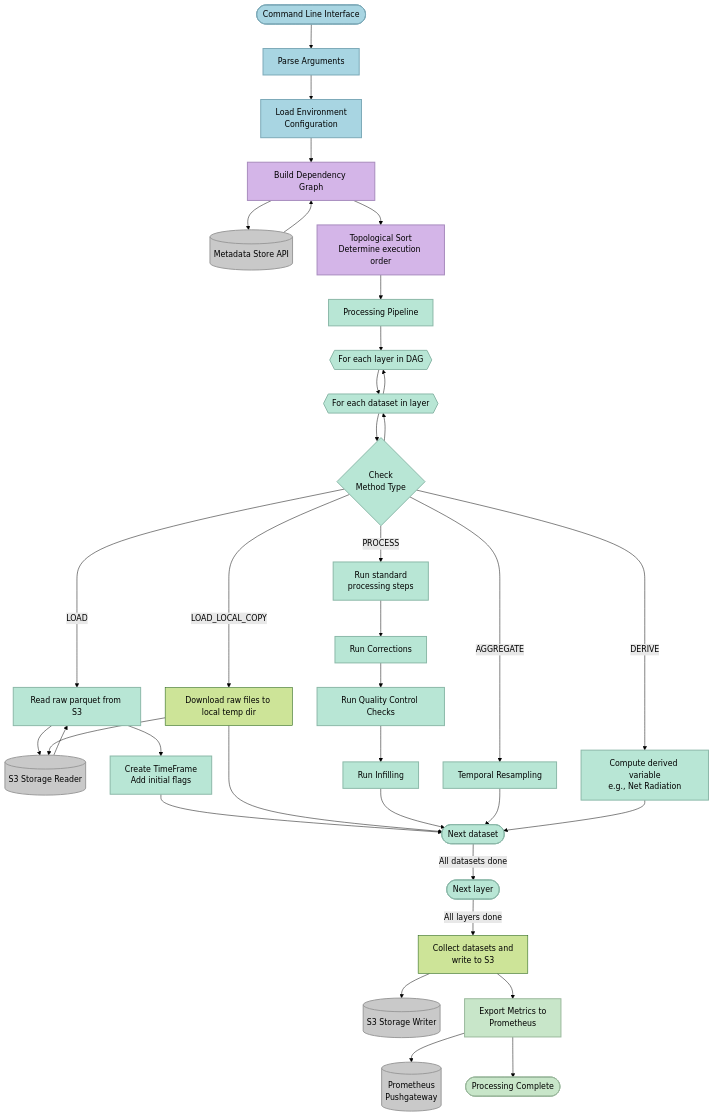
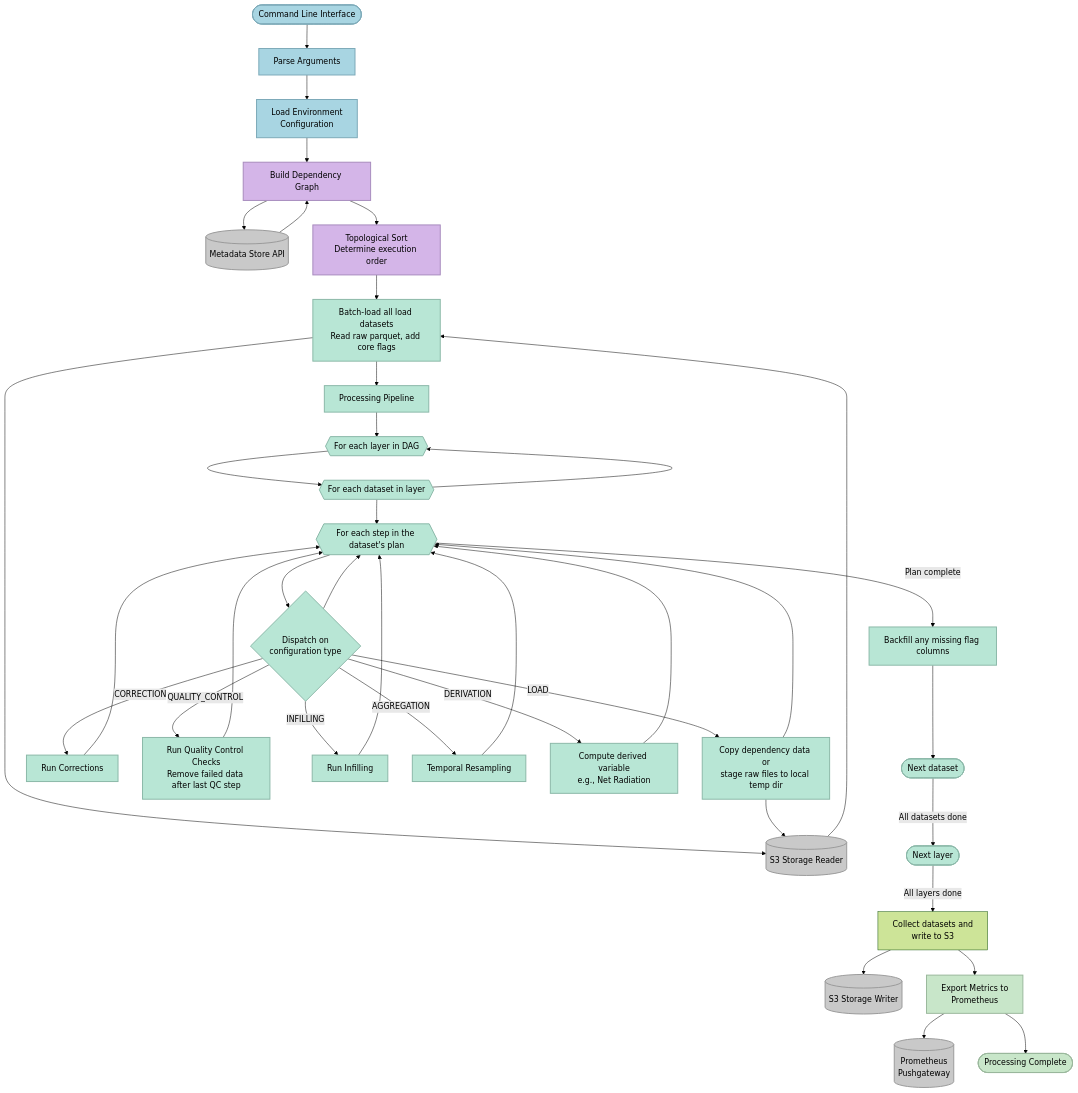
The first of 2 diagrams in docs/architecture.md (NERC-CEH/dri-timeseries-processor), drawn with Mermaid (forest theme) before and after one commit. The commit also changed other lines of this file and 2 other files, not shown here.

````diff
--- a/docs/architecture.md
+++ b/docs/architecture.md
@@ -9,61 +9,66 @@
 ```mermaid
 flowchart TD
 Start([Command Line Interface]) --> Parse[Parse Arguments]
 Parse --> LoadConfig[Load Environment<br />Configuration]
 
 LoadConfig --> BuildDAG[Build Dependency Graph]
 BuildDAG --> MetaAPI[(Metadata Store API)]
 MetaAPI --> BuildDAG
 BuildDAG --> TopoSort[Topological Sort<br/>Determine execution order]
 
-TopoSort --> Pipeline[Processing Pipeline]
+TopoSort --> BatchLoad[Batch-load all load datasets<br/>Read raw parquet, add core flags]
+BatchLoad --> S3Reader[(S3 Storage Reader)]
+S3Reader --> BatchLoad
+
+BatchLoad --> Pipeline[Processing Pipeline]
 Pipeline --> StartLayer{{For each layer in DAG}}
 StartLayer --> StartProc{{For each dataset in layer}}
 StartProc --> StartLayer
 
-StartProc --> CheckMethod{Check<br/>Method Type}
-CheckMethod --> StartProc
+StartProc --> StartStep{{For each step in the dataset's plan}}
+StartStep --> CheckType{Dispatch on<br/>configuration type}
+CheckType --> StartStep
 
-CheckMethod -->|LOAD| LoadRaw[Read raw parquet from S3]
-LoadRaw --> S3Reader[(S3 Storage Reader)]
-S3Reader --> LoadRaw
-LoadRaw --> CreateTF[Create TimeFrame<br/>Add initial flags]
-CreateTF --> NextDataset
+CheckType -->|LOAD| RunLoad[Copy dependency data or<br/>stage raw files to local temp dir]
+RunLoad --> S3Reader
+RunLoad --> StartStep
 
-CheckMethod -->|LOAD_LOCAL_COPY| StageFiles[Download raw files to local temp dir]
-StageFiles --> S3Reader
-StageFiles --> NextDataset
+CheckType -->|CORRECTION| RunCorr[Run Corrections]
+RunCorr --> StartStep
 
-CheckMethod -->|PROCESS| Process[Run standard<br />processing steps]
-Process --> RunCorr[Run Corrections]
-RunCorr --> RunQC[Run Quality Control Checks]
-RunQC --> RunInfill[Run Infilling]
-RunInfill --> NextDataset
+CheckType -->|QUALITY_CONTROL| RunQC[Run Quality Control Checks<br/>Remove failed data after last QC step]
+RunQC --> StartStep
 
-CheckMethod -->|AGGREGATE| Resample[Temporal Resampling]
-Resample --> NextDataset
+CheckType -->|INFILLING| RunInfill[Run Infilling]
+RunInfill --> StartStep
 
-CheckMethod -->|DERIVE| Compute[Compute derived variable<br/>e.g., Net Radiation]
-Compute --> NextDataset
+CheckType -->|AGGREGATION| Resample[Temporal Resampling]
+Resample --> StartStep
+
+CheckType -->|DERIVATION| Compute[Compute derived variable<br/>e.g., Net Radiation]
+Compute --> StartStep
+
+StartStep -->|Plan complete| Backfill[Backfill any missing flag columns]
+Backfill --> NextDataset
 
 NextDataset([Next dataset])
 NextDataset -->|All datasets done| NextLayer
 NextLayer([Next layer])
 NextLayer -->|All layers done| SaveDatasets[Collect datasets and<br />write to S3]
 SaveDatasets --> S3Writer[(S3 Storage Writer)]
 SaveDatasets --> ExportMetrics[Export Metrics to<br />Prometheus]
 ExportMetrics --> PrometheusGW[(Prometheus<br/>Pushgateway)]
 ExportMetrics --> Done([Processing Complete])
 
 classDef setup fill:#A8D5E2,stroke:#7CA9B8,stroke-width:2px
 classDef orchestration fill:#D4B5E8,stroke:#A78BBD,stroke-width:2px
 classDef processing fill:#B8E6D5,stroke:#8BB8A8,stroke-width:2px
 classDef storage fill:#C9C9C9,stroke:#9A9A9A,stroke-width:2px
 classDef completion fill:#C8E6C9,stroke:#9AB89C,stroke-width:2px
 
 class Start,Parse,LoadConfig setup
-class BuildDAG,TopoSort, orchestration
-class Pipeline,CheckMethod,StartLayer,StartProc,LoadRaw,CreateTF,Process,RunCorr,RunQC,RunInfill,Resample,Compute,SaveProc,SaveAgg,SaveDeriv,NextDataset,NextLayer processing
+class BuildDAG,TopoSort orchestration
+class Pipeline,CheckType,StartLayer,StartProc,StartStep,BatchLoad,RunLoad,RunCorr,RunQC,RunInfill,Resample,Compute,Backfill,NextDataset,NextLayer processing
 class MetaAPI,S3Reader,S3Writer,PrometheusGW storage
 class ExportMetrics,Done completion
 ```
````
